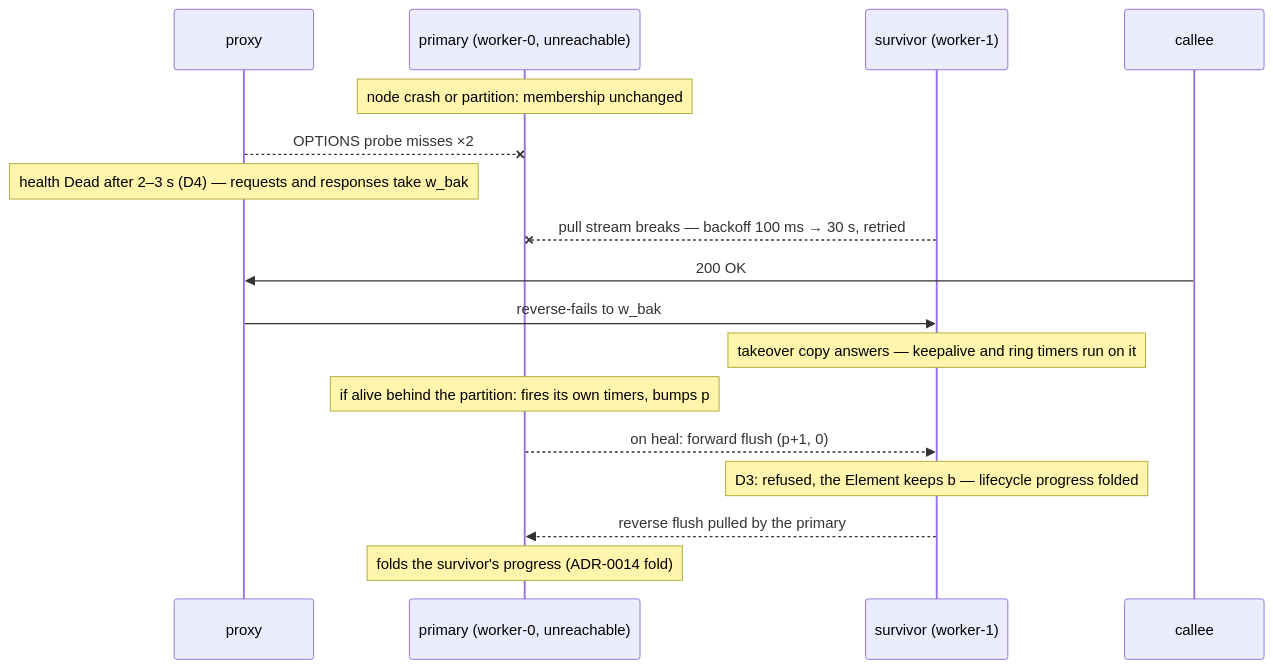
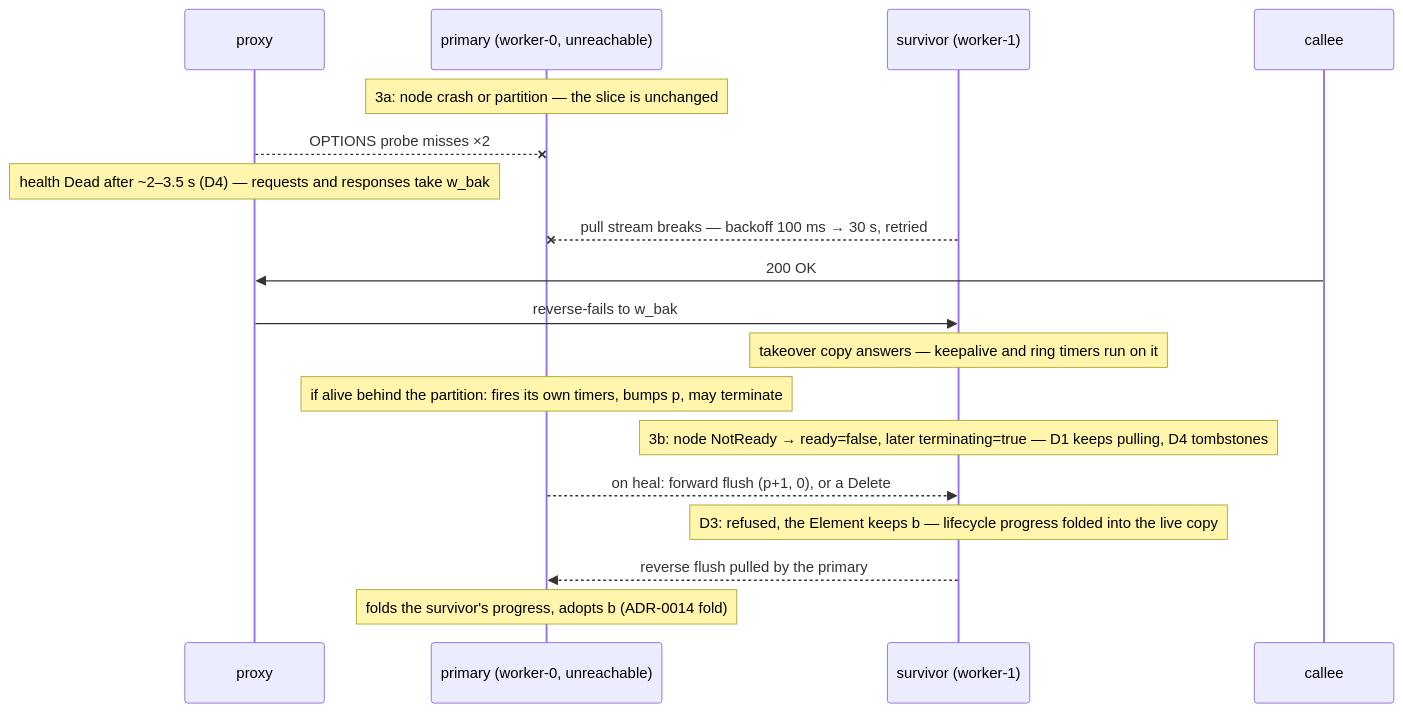
Before and after one commit to vcharbon/siprustserver: the third of 3 diagrams in docs/adr/0031-a-workers-three-ways-out.md, drawn with Mermaid. The commit also changed other lines of this file and 2 other files, not shown here.

````diff
--- a/docs/adr/0031-a-workers-three-ways-out.md
+++ b/docs/adr/0031-a-workers-three-ways-out.md
@@ -172,19 +228,20 @@
 ```mermaid
 sequenceDiagram
     participant P as proxy
     participant E as primary (worker-0, unreachable)
     participant S as survivor (worker-1)
     participant C as callee
-    Note over E: node crash or partition: membership unchanged
+    Note over E: 3a: node crash or partition — the slice is unchanged
     P--xE: OPTIONS probe misses ×2
-    Note over P: health Dead after 2–3 s (D4) — requests and responses take w_bak
+    Note over P: health Dead after ~2–3.5 s (D4) — requests and responses take w_bak
     S--xE: pull stream breaks — backoff 100 ms → 30 s, retried
     C->>P: 200 OK
     P->>S: reverse-fails to w_bak
     Note over S: takeover copy answers — keepalive and ring timers run on it
-    Note over E: if alive behind the partition: fires its own timers, bumps p
-    E-->>S: on heal: forward flush (p+1, 0)
-    Note over S: D3: refused, the Element keeps b — lifecycle progress folded
+    Note over E: if alive behind the partition: fires its own timers, bumps p, may terminate
+    Note over S: 3b: node NotReady → ready=false, later terminating=true — D1 keeps pulling, D4 tombstones
+    E-->>S: on heal: forward flush (p+1, 0), or a Delete
+    Note over S: D3: refused, the Element keeps b — lifecycle progress folded into the live copy
     S-->>E: reverse flush pulled by the primary
-    Note over E: folds the survivor's progress (ADR-0014 fold)
+    Note over E: folds the survivor's progress, adopts b (ADR-0014 fold)
 ```
````
